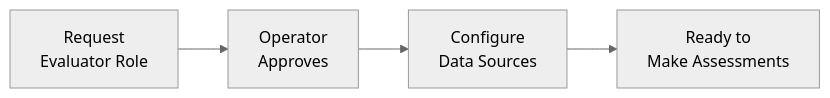
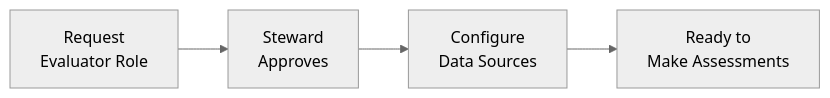
The diagram in docs/docs/community/evaluator-guide/joining-a-garden.mdx (greenpill-dev-guild/green-goods), drawn with Mermaid (neutral theme) before and after one commit. The commit also changed other lines of this file and 447 other files, not shown here.

````diff
--- a/docs/docs/community/evaluator-guide/joining-a-garden.mdx
+++ b/docs/docs/community/evaluator-guide/joining-a-garden.mdx
@@ -43,6 +43,6 @@
 ```mermaid
 graph LR
-    Request["Request\nEvaluator Role"] --> Approve["Operator\nApproves"]
+    Request["Request\nEvaluator Role"] --> Approve["Steward\nApproves"]
     Approve --> Configure["Configure\nData Sources"]
     Configure --> Ready["Ready to\nMake Assessments"]
 ```
````
